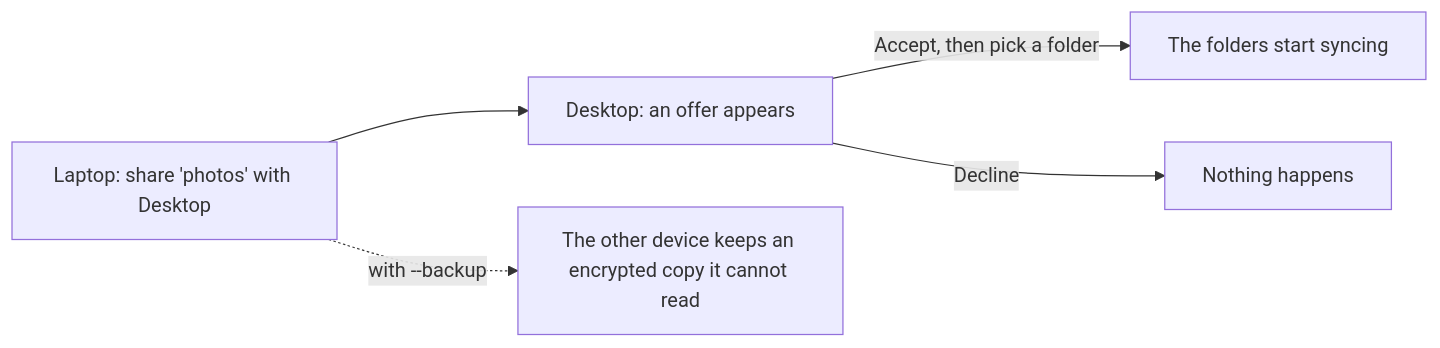
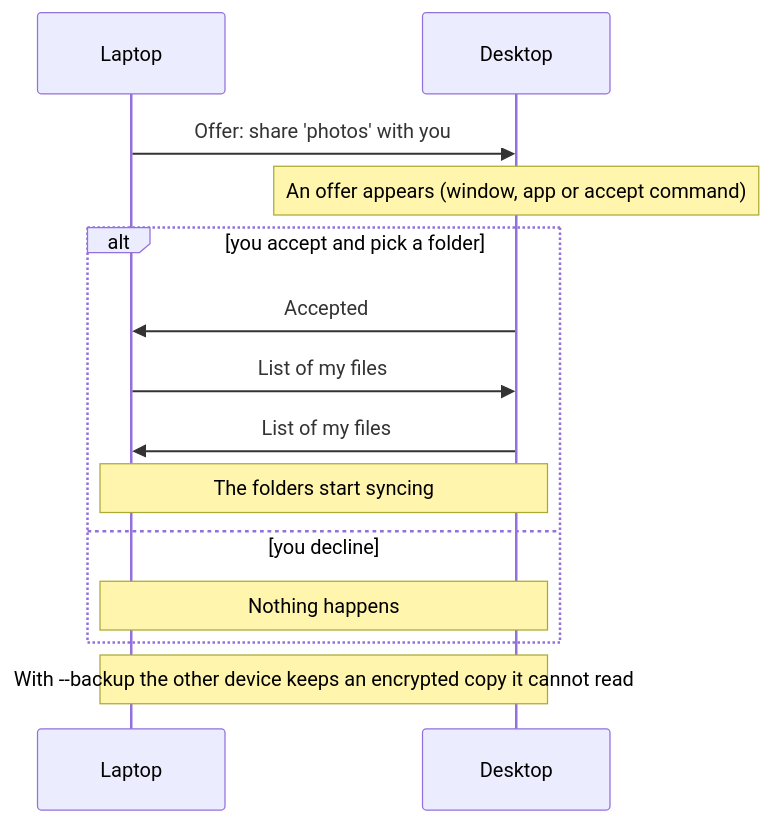
One commit to mrmoss/rustsync changed the second of 3 diagrams in README.md. Above: the diagram before and after it, drawn with Mermaid. The commit also changed other lines of this file and 6 other files, not shown here.

````diff
--- a/README.md
+++ b/README.md
@@ -78,7 +78,16 @@
 ```mermaid
-flowchart LR
-    S["Laptop: share 'photos' with Desktop"] --> O["Desktop: an offer appears"]
-    O -->|Accept, then pick a folder| Y["The folders start syncing"]
-    O -->|Decline| N["Nothing happens"]
-    S -.->|"with --backup"| K["The other device keeps an encrypted copy it cannot read"]
+sequenceDiagram
+    participant A as Laptop
+    participant B as Desktop
+    A->>B: Offer: share 'photos' with you
+    Note over B: An offer appears (window, app or accept command)
+    alt you accept and pick a folder
+        B->>A: Accepted
+        A->>B: List of my files
+        B->>A: List of my files
+        Note over A,B: The folders start syncing
+    else you decline
+        Note over A,B: Nothing happens
+    end
+    Note over A,B: With --backup the other device keeps an encrypted copy it cannot read
 ```
````
